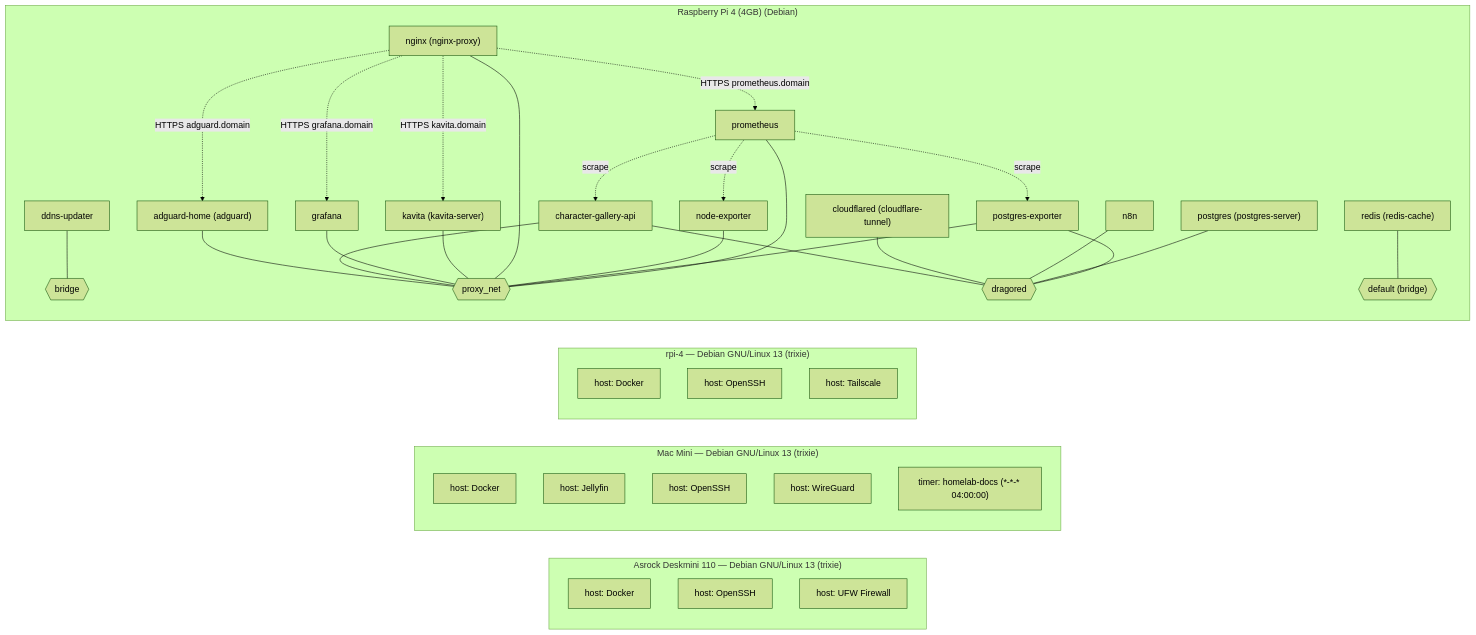
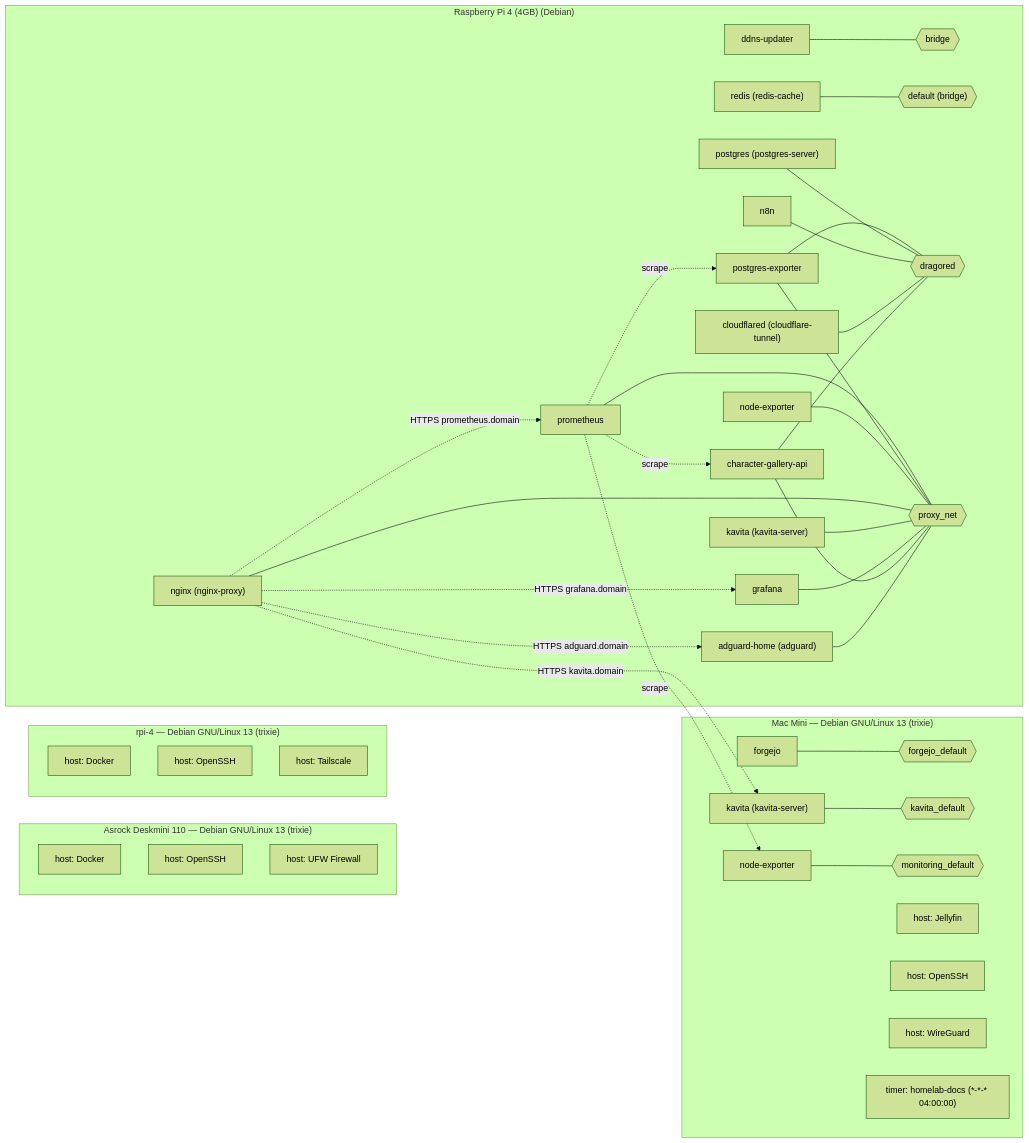
Before and after one commit to dZev1/home-lab: the diagram in README.md, drawn with Mermaid (forest theme). The commit also changed other lines of this file and 1 other file, not shown here.

Commit message:
docs: auto-update homelab inventory and topology [skip ci]

````diff
--- a/README.md
+++ b/README.md
@@ -36,61 +36,69 @@
 ```mermaid
 flowchart LR
   subgraph node_deskmini["Asrock Deskmini 110 — Debian GNU/Linux 13 (trixie)"]
     hs_deskmini_0["host: Docker"]
     hs_deskmini_1["host: OpenSSH"]
     hs_deskmini_2["host: UFW Firewall"]
   end
   subgraph node_mac_mini["Mac Mini — Debian GNU/Linux 13 (trixie)"]
-    hs_mac-mini_0["host: Docker"]
+    net_mac-mini_forgejo_default{{"forgejo_default"}}
+    net_mac-mini_kavita_default{{"kavita_default"}}
+    net_mac-mini_monitoring_default{{"monitoring_default"}}
+    svc_mac-mini_forgejo["forgejo"]
+    svc_mac-mini_forgejo --- net_mac-mini_forgejo_default
+    svc_mac-mini_kavita["kavita (kavita-server)"]
+    svc_mac-mini_kavita --- net_mac-mini_kavita_default
+    svc_mac-mini_node_exporter["node-exporter"]
+    svc_mac-mini_node_exporter --- net_mac-mini_monitoring_default
     hs_mac-mini_1["host: Jellyfin"]
     hs_mac-mini_2["host: OpenSSH"]
     hs_mac-mini_3["host: WireGuard"]
     tm_mac-mini_0["timer: homelab-docs (*-*-* 04:00:00)"]
   end
   subgraph node_rpi_4["rpi-4 — Debian GNU/Linux 13 (trixie)"]
     hs_rpi-4_0["host: Docker"]
     hs_rpi-4_1["host: OpenSSH"]
     hs_rpi-4_2["host: Tailscale"]
   end
   subgraph node_rpi4["Raspberry Pi 4 (4GB) (Debian)"]
     net_rpi4_bridge{{"bridge"}}
     net_rpi4_default__bridge_{{"default (bridge)"}}
     net_rpi4_dragored{{"dragored"}}
     net_rpi4_proxy_net{{"proxy_net"}}
     svc_rpi4_adguard_home["adguard-home (adguard)"]
     svc_rpi4_adguard_home --- net_rpi4_proxy_net
     svc_rpi4_character_gallery_api["character-gallery-api"]
     svc_rpi4_character_gallery_api --- net_rpi4_dragored
     svc_rpi4_character_gallery_api --- net_rpi4_proxy_net
     svc_rpi4_cloudflared["cloudflared (cloudflare-tunnel)"]
     svc_rpi4_cloudflared --- net_rpi4_dragored
     svc_rpi4_ddns_updater["ddns-updater"]
     svc_rpi4_ddns_updater --- net_rpi4_bridge
     svc_rpi4_grafana["grafana"]
     svc_rpi4_grafana --- net_rpi4_proxy_net
     svc_rpi4_kavita["kavita (kavita-server)"]
     svc_rpi4_kavita --- net_rpi4_proxy_net
     svc_rpi4_n8n["n8n"]
     svc_rpi4_n8n --- net_rpi4_dragored
     svc_rpi4_nginx["nginx (nginx-proxy)"]
     svc_rpi4_nginx --- net_rpi4_proxy_net
     svc_rpi4_node_exporter["node-exporter"]
     svc_rpi4_node_exporter --- net_rpi4_proxy_net
     svc_rpi4_postgres["postgres (postgres-server)"]
     svc_rpi4_postgres --- net_rpi4_dragored
     svc_rpi4_postgres_exporter["postgres-exporter"]
     svc_rpi4_postgres_exporter --- net_rpi4_proxy_net
     svc_rpi4_postgres_exporter --- net_rpi4_dragored
     svc_rpi4_prometheus["prometheus"]
     svc_rpi4_prometheus --- net_rpi4_proxy_net
     svc_rpi4_redis["redis (redis-cache)"]
     svc_rpi4_redis --- net_rpi4_default__bridge_
   end
   svc_rpi4_nginx -. "HTTPS adguard.domain" .-> svc_rpi4_adguard_home
   svc_rpi4_nginx -. "HTTPS grafana.domain" .-> svc_rpi4_grafana
   svc_rpi4_nginx -. "HTTPS prometheus.domain" .-> svc_rpi4_prometheus
-  svc_rpi4_nginx -. "HTTPS kavita.domain" .-> svc_rpi4_kavita
-  svc_rpi4_prometheus -. "scrape" .-> svc_rpi4_node_exporter
+  svc_rpi4_nginx -. "HTTPS kavita.domain" .-> svc_mac-mini_kavita
+  svc_rpi4_prometheus -. "scrape" .-> svc_mac-mini_node_exporter
   svc_rpi4_prometheus -. "scrape" .-> svc_rpi4_character_gallery_api
   svc_rpi4_prometheus -. "scrape" .-> svc_rpi4_postgres_exporter
 ```
````
